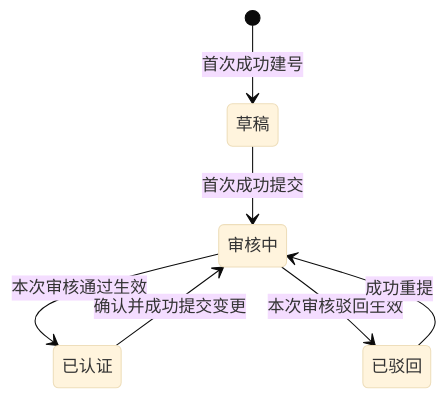
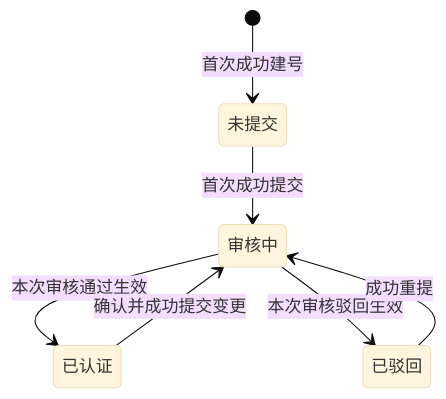
Before and after one commit to wxblockchain/Chain-Financing: the eighth of 9 diagrams in lending-platform/PRD/v2.0-登录与账户体系/02-资金方登录与账户体系-流程图与状态机.md, drawn with Mermaid (base theme). The commit also changed other lines of this file and 5 other files, not shown here.

````diff
--- a/lending-platform/PRD/v2.0-登录与账户体系/02-资金方登录与账户体系-流程图与状态机.md
+++ b/lending-platform/PRD/v2.0-登录与账户体系/02-资金方登录与账户体系-流程图与状态机.md
@@ -194,13 +195,13 @@
 ```mermaid
 stateDiagram-v2
     [*] --> draft: 首次成功建号
     draft --> submitted: 首次成功提交
     submitted --> verified: 本次审核通过生效
     submitted --> rejected: 本次审核驳回生效
     rejected --> submitted: 成功重提
     verified --> submitted: 确认并成功提交变更
-    draft: 草稿
+    draft: 未提交
     submitted: 审核中
     rejected: 已驳回
     verified: 已认证
 ```
````
